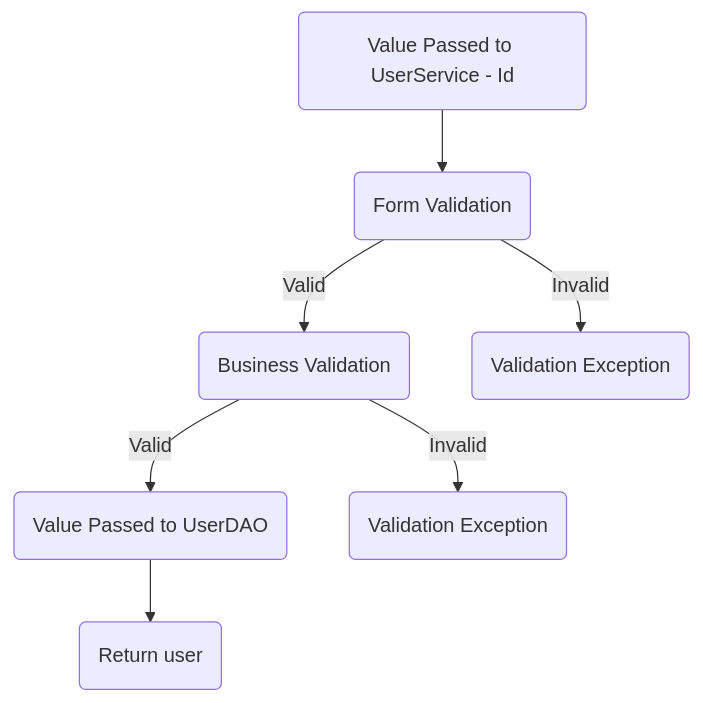
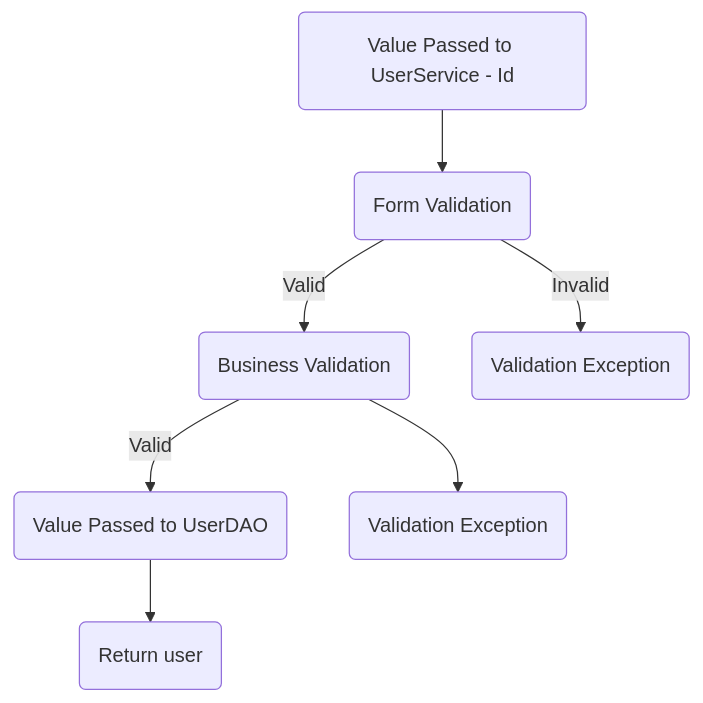
One commit to fssa-batch3/sec_b_sesslyn.johnson__corejava_project_2 changed the sixth of 13 diagrams in README.md. Above: the diagram before and after it, drawn with Mermaid. The commit also changed other lines of this file, not shown here.

````diff
--- a/README.md
+++ b/README.md
@@ -226,8 +226,8 @@
 ```mermaid  
 graph TD;  
 A(Value Passed to UserService - Id) --> B(Form Validation) -- Valid --> C(Business Validation)
-  B --Invalid --> G(Validation Exception)
+B --Invalid --> G(Validation Exception)
 C -- Valid --> D(Value Passed to UserDAO)  
 D --> E(Return user)  
-C -- Invalid --> F(Validation Exception)  
+C --> F(Validation Exception)  
 ```
````
